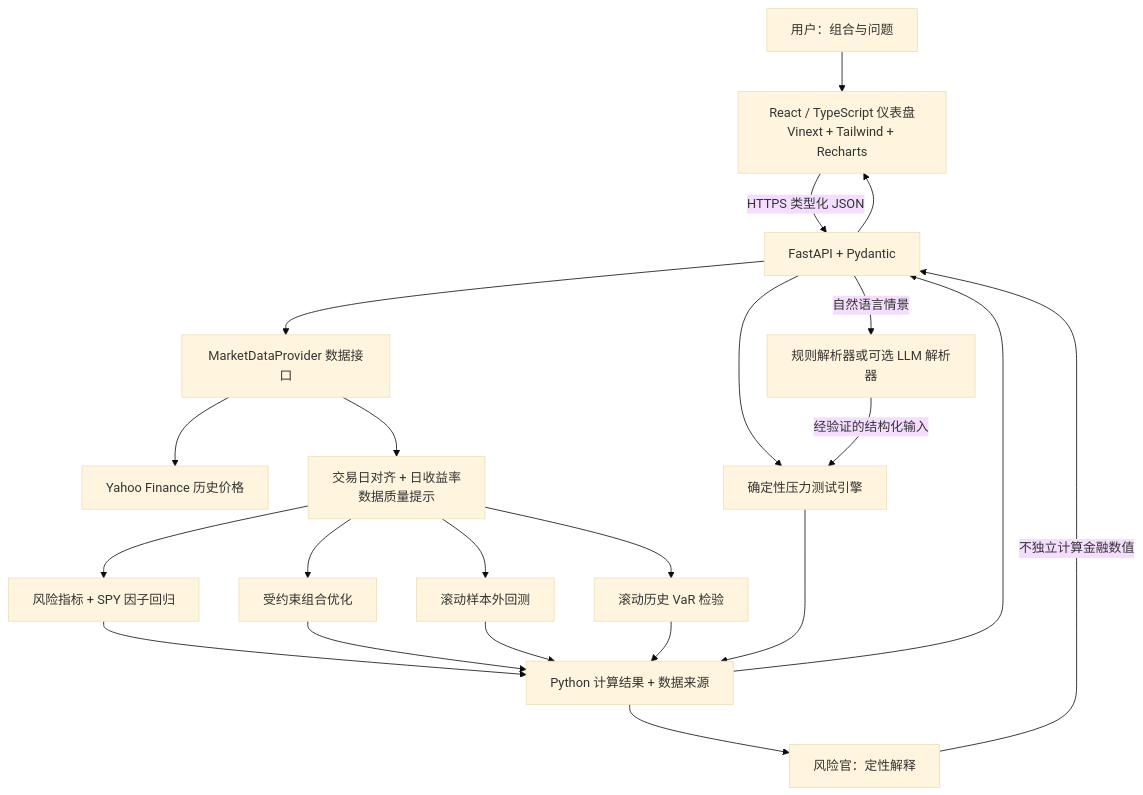
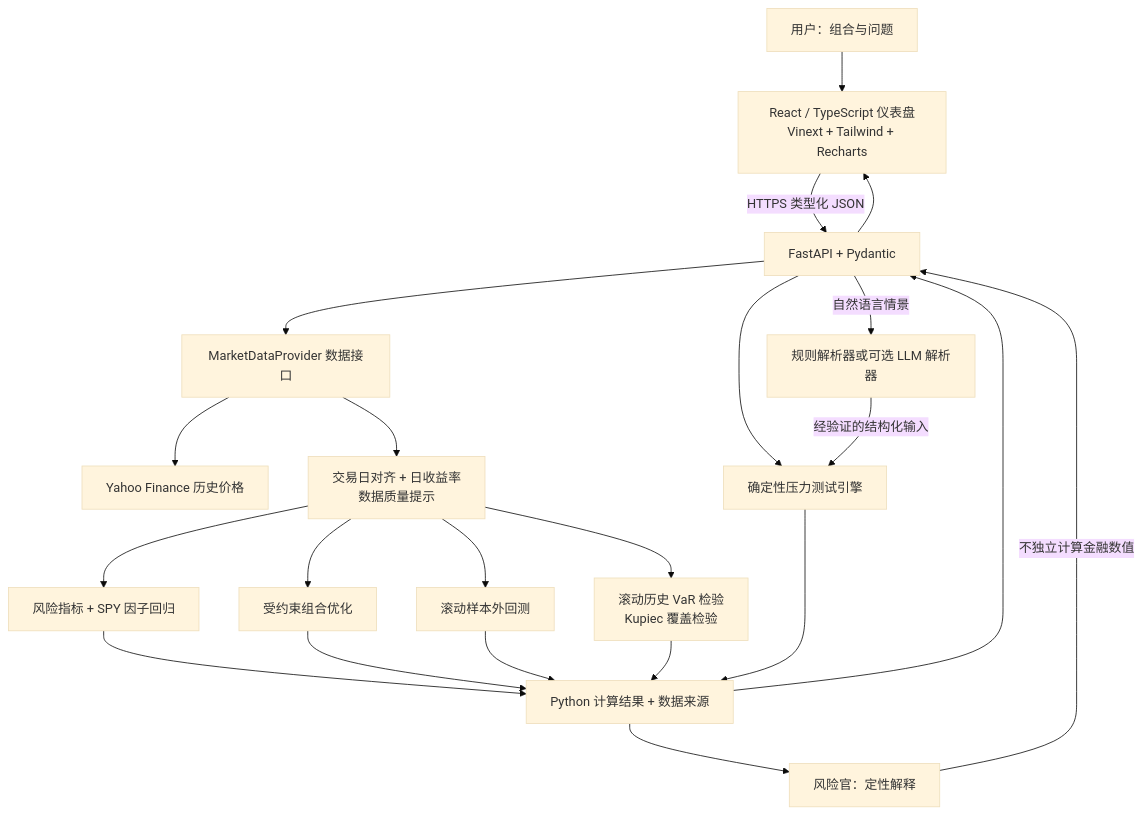
Before and after one commit to TianLu-hub/RiskLens: the first of 3 diagrams in README.zh-CN.md, drawn with Mermaid (base theme). The commit also changed other lines of this file and 11 other files, not shown here.

````diff
--- a/README.zh-CN.md
+++ b/README.zh-CN.md
@@ -35,24 +35,24 @@
 ```mermaid
 flowchart TB
     USER[用户：组合与问题] --> UI[React / TypeScript 仪表盘<br/>Vinext + Tailwind + Recharts]
     UI -->|HTTPS 类型化 JSON| API[FastAPI + Pydantic]
     API --> DATA[MarketDataProvider 数据接口]
     DATA --> YF[Yahoo Finance 历史价格]
     DATA --> ALIGN[交易日对齐 + 日收益率<br/>数据质量提示]
     ALIGN --> RISK[风险指标 + SPY 因子回归]
     ALIGN --> OPT[受约束组合优化]
     ALIGN --> BACK[滚动样本外回测]
-    ALIGN --> VAR[滚动历史 VaR 检验]
+    ALIGN --> VAR[滚动历史 VaR 检验<br/>Kupiec 覆盖检验]
     API --> STRESS[确定性压力测试引擎]
     API -->|自然语言情景| PARSER[规则解析器或可选 LLM 解析器]
     PARSER -->|经验证的结构化输入| STRESS
     RISK --> RESULTS[Python 计算结果 + 数据来源]
     OPT --> RESULTS
     BACK --> RESULTS
     VAR --> RESULTS
     STRESS --> RESULTS
     RESULTS --> OFFICER[风险官：定性解释]
     OFFICER -->|不独立计算金融数值| API
     RESULTS --> API
     API --> UI
 ```
````
